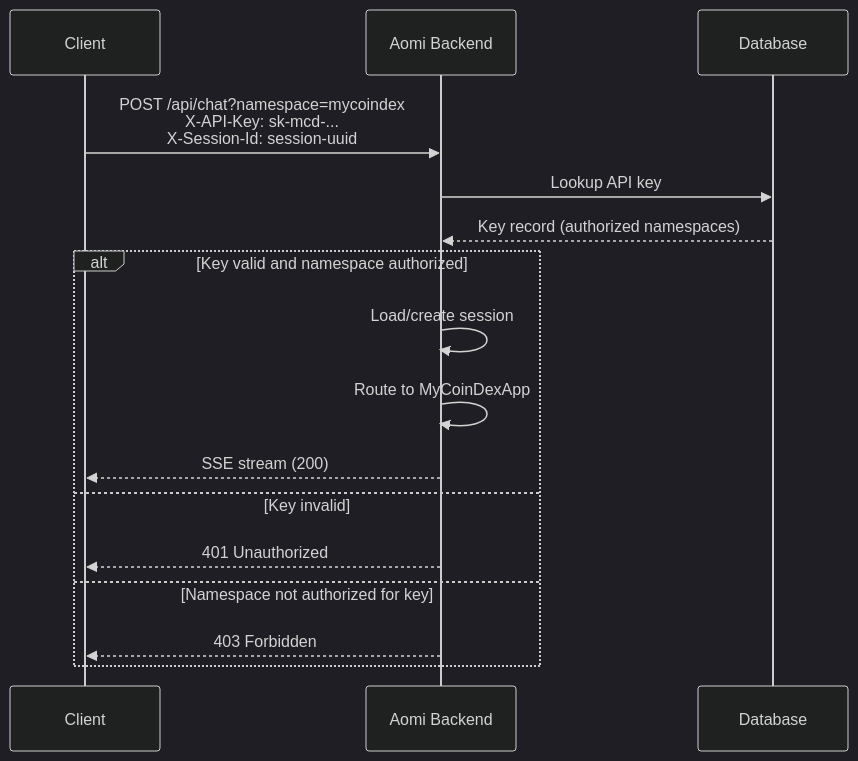
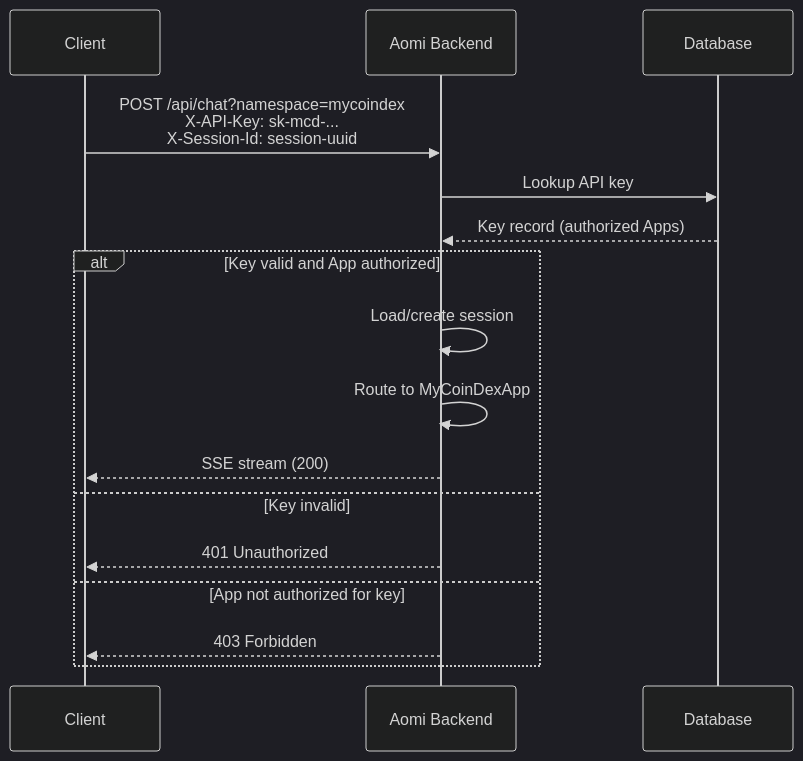
Before and after one commit to aomi-labs/aomi-widget: the second of 2 diagrams in apps/landing/content/guides/build/namespaces.mdx, drawn with Mermaid (dark theme). The commit also changed other lines of this file and 17 other files, not shown here.

First line of the commit message:
Rename namespace to App in docs and UI

````diff
--- a/apps/landing/content/guides/build/namespaces.mdx
+++ b/apps/landing/content/guides/build/namespaces.mdx
@@ -84,21 +86,21 @@
 ```mermaid
 sequenceDiagram
     participant Client
     participant Backend as Aomi Backend
     participant DB as Database
 
     Client->>Backend: POST /api/chat?namespace=mycoindex<br/>X-API-Key: sk-mcd-...<br/>X-Session-Id: session-uuid
 
     Backend->>DB: Lookup API key
-    DB-->>Backend: Key record (authorized namespaces)
+    DB-->>Backend: Key record (authorized Apps)
 
-    alt Key valid and namespace authorized
+    alt Key valid and App authorized
         Backend->>Backend: Load/create session
         Backend->>Backend: Route to MyCoinDexApp
         Backend-->>Client: SSE stream (200)
     else Key invalid
         Backend-->>Client: 401 Unauthorized
-    else Namespace not authorized for key
+    else App not authorized for key
         Backend-->>Client: 403 Forbidden
     end
 ```
````
